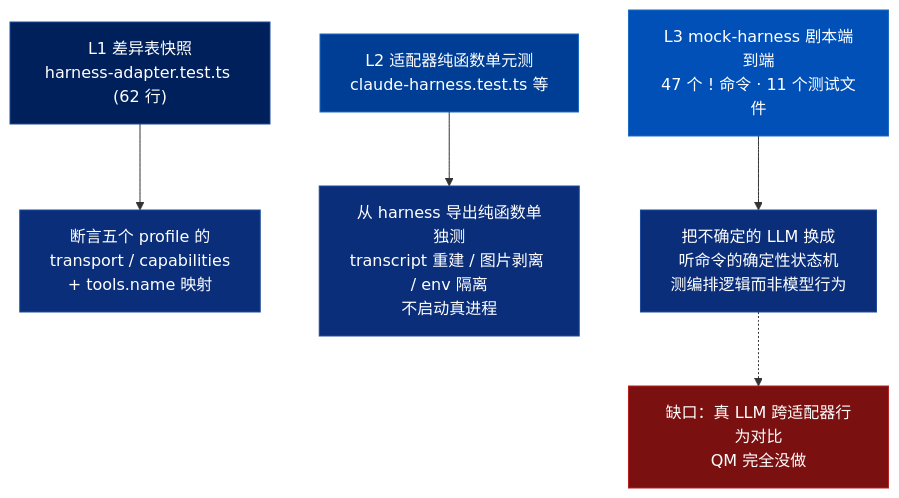
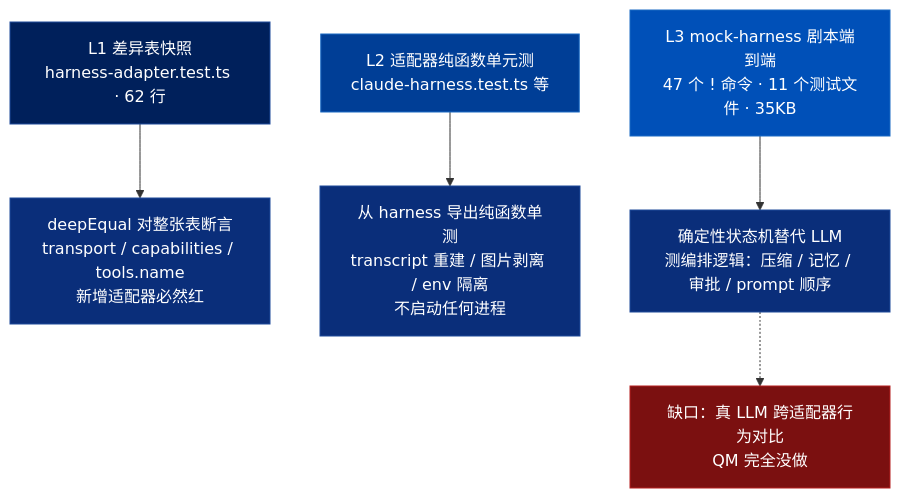
Before and after one commit to harveyzhang814/harveyz-skill: the fourth of 4 diagrams in knowledge/qm/qm-skill-adaptation.md, drawn with Mermaid. The commit also changed other lines of this file and 1 other file, not shown here.

````diff
--- a/knowledge/qm/qm-skill-adaptation.md
+++ b/knowledge/qm/qm-skill-adaptation.md
@@ -226,26 +797,26 @@
 ```mermaid
 flowchart TD
-    L1["L1 差异表快照<br/>harness-adapter.test.ts (62 行)"]
-    L1D["断言五个 profile 的<br/>transport / capabilities<br/>+ tools.name 映射"]
+    L1["L1 差异表快照<br/>harness-adapter.test.ts · 62 行"]
+    L1D["deepEqual 对整张表断言<br/>transport / capabilities / tools.name<br/>新增适配器必然红"]
 
     L2["L2 适配器纯函数单元测<br/>claude-harness.test.ts 等"]
-    L2D["从 harness 导出纯函数单独测<br/>transcript 重建 / 图片剥离 / env 隔离<br/>不启动真进程"]
+    L2D["从 harness 导出纯函数单测<br/>transcript 重建 / 图片剥离 / env 隔离<br/>不启动任何进程"]
 
-    L3["L3 mock-harness 剧本端到端<br/>47 个 ! 命令 · 11 个测试文件"]
-    L3D["把不确定的 LLM 换成<br/>听命令的确定性状态机<br/>测编排逻辑而非模型行为"]
+    L3["L3 mock-harness 剧本端到端<br/>47 个 ! 命令 · 11 个测试文件 · 35KB"]
+    L3D["确定性状态机替代 LLM<br/>测编排逻辑：压缩 / 记忆 / 审批 / prompt 顺序"]
 
     GAP["缺口：真 LLM 跨适配器行为对比<br/>QM 完全没做"]
 
     L1 --> L1D
     L2 --> L2D
     L3 --> L3D
     L3D -.-> GAP
 
     style L1 fill:#00205B,color:#fff,stroke:#1E4A9A
     style L2 fill:#003E96,color:#fff,stroke:#1A6AC4
     style L3 fill:#0050B8,color:#fff,stroke:#1A6AC4
     style L1D fill:#0A2E7A,color:#fff,stroke:#1E4A9A
     style L2D fill:#0A2E7A,color:#fff,stroke:#1E4A9A
     style L3D fill:#0A2E7A,color:#fff,stroke:#1E4A9A
     style GAP fill:#7B1010,color:#fff,stroke:#B52020
 ```
````
